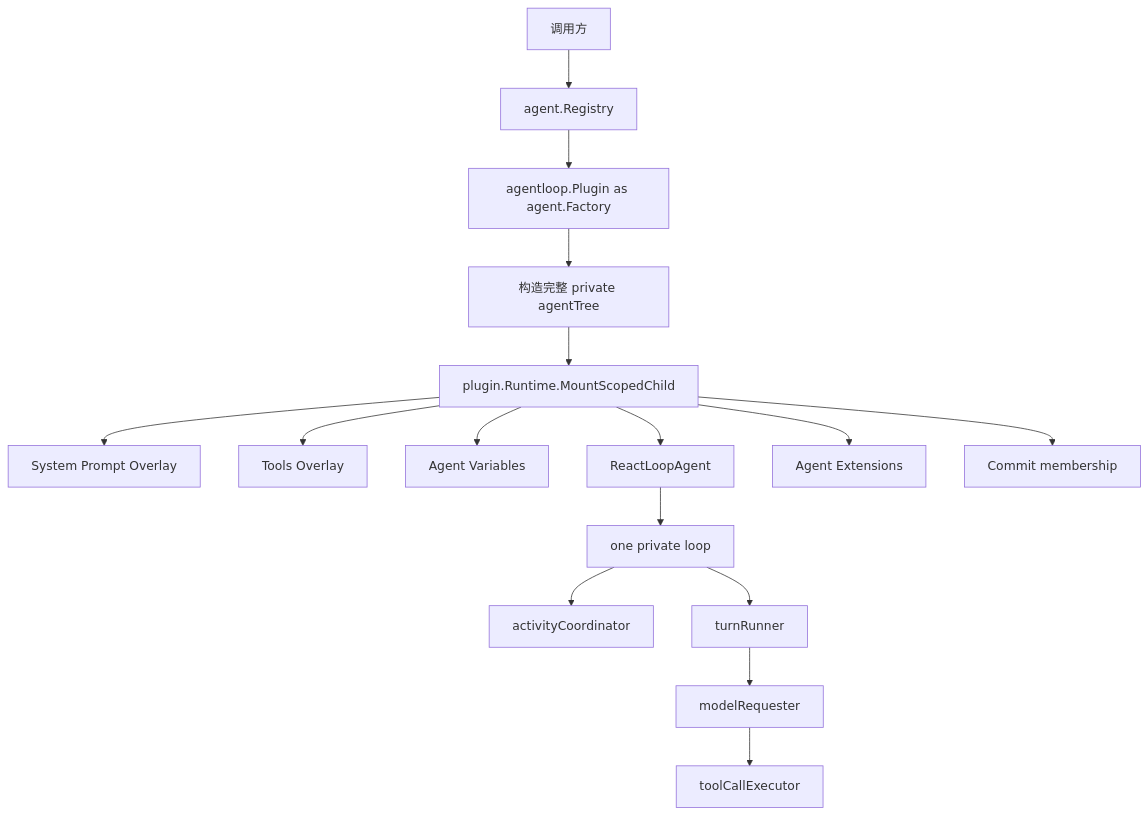
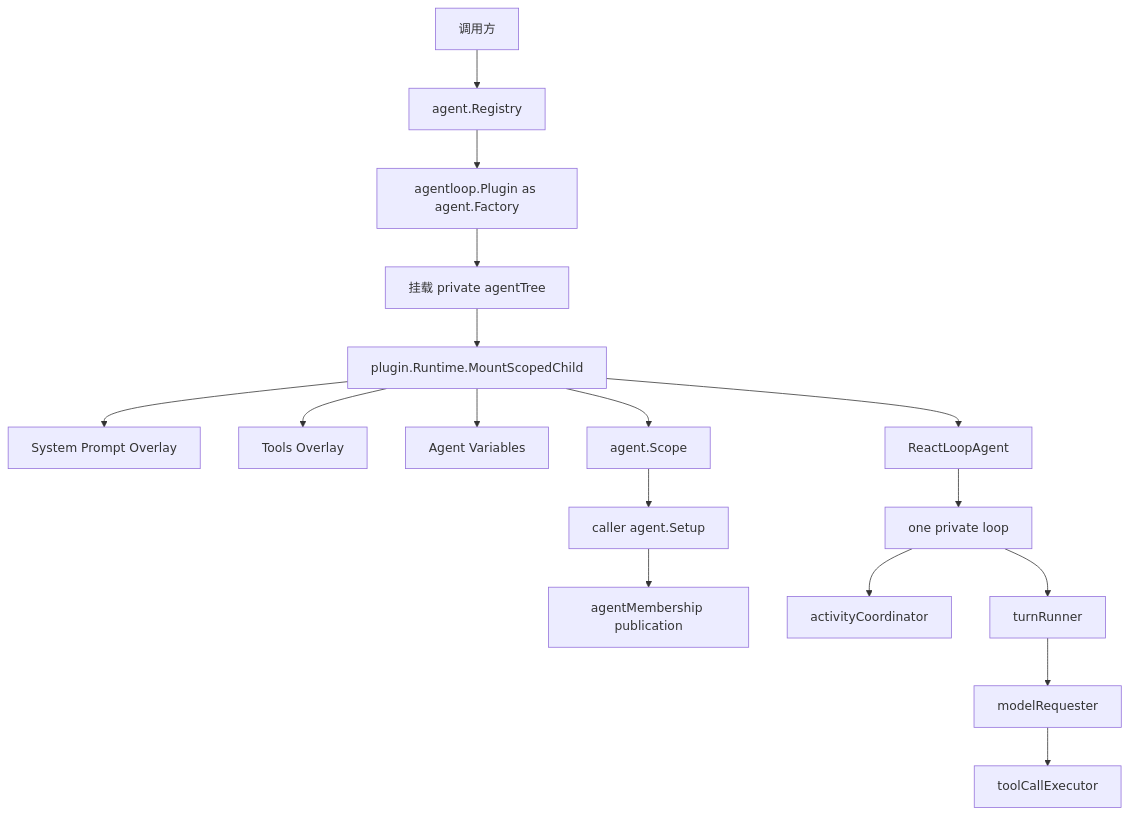
The first of 2 diagrams in agentloop/README.zh-CN.md (gorenx/goren), drawn with Mermaid before and after one commit. The commit also changed other lines of this file and 6 other files, not shown here.

Commit message:
docs: define agent creation setup boundary

````diff
--- a/agentloop/README.zh-CN.md
+++ b/agentloop/README.zh-CN.md
@@ -29,18 +31,19 @@
 ```mermaid
 flowchart TD
     API[调用方] --> Registry[agent.Registry]
     Registry --> Root[agentloop.Plugin as agent.Factory]
-    Root --> Build[构造完整 private agentTree]
+    Root --> Build[挂载 private agentTree]
     Build --> Runtime[plugin.Runtime.MountScopedChild]
     Runtime --> Prompt[System Prompt Overlay]
     Runtime --> Tools[Tools Overlay]
     Runtime --> Vars[Agent Variables]
     Runtime --> Agent[ReactLoopAgent]
-    Runtime --> Extensions[Agent Extensions]
-    Runtime --> Membership[Commit membership]
+    Runtime --> Scope[agent.Scope]
+    Scope --> Setup[caller agent.Setup]
+    Setup --> Membership[agentMembership publication]
     Agent --> Loop[one private loop]
     Loop --> Activity[activityCoordinator]
     Loop --> Turn[turnRunner]
     Turn --> Request[modelRequester]
     Request --> Calls[toolCallExecutor]
 ```
````
